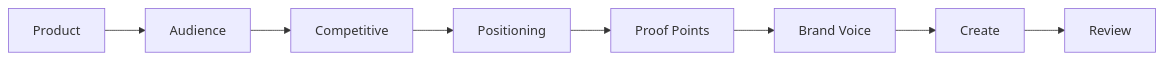
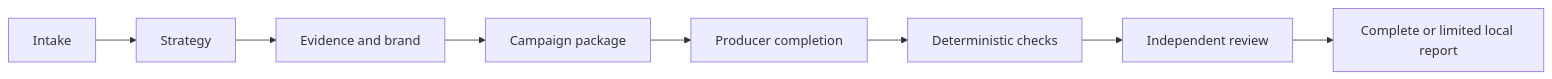
The diagram in packages/docs/src/content/docs/docs/reference/workflows/marketing-campaign.mdx (moira-mcp/moira), drawn with Mermaid before and after one commit. The commit also changed other lines of this file and 122 other files, not shown here.

````diff
--- a/packages/docs/src/content/docs/docs/reference/workflows/marketing-campaign.mdx
+++ b/packages/docs/src/content/docs/docs/reference/workflows/marketing-campaign.mdx
@@ -18,10 +22,10 @@
 ```mermaid
 flowchart LR
-    A[Product] --> B[Audience]
-    B --> C[Competitive]
-    C --> D[Positioning]
-    D --> E[Proof Points]
-    E --> F[Brand Voice]
-    F --> G[Create]
-    G --> H[Review]
+  A[Intake] --> B[Strategy]
+  B --> C[Evidence and brand]
+  C --> D[Campaign package]
+  D --> E[Producer completion]
+  E --> F[Deterministic checks]
+  F --> G[Independent review]
+  G --> H[Complete or limited local report]
 ```
````
